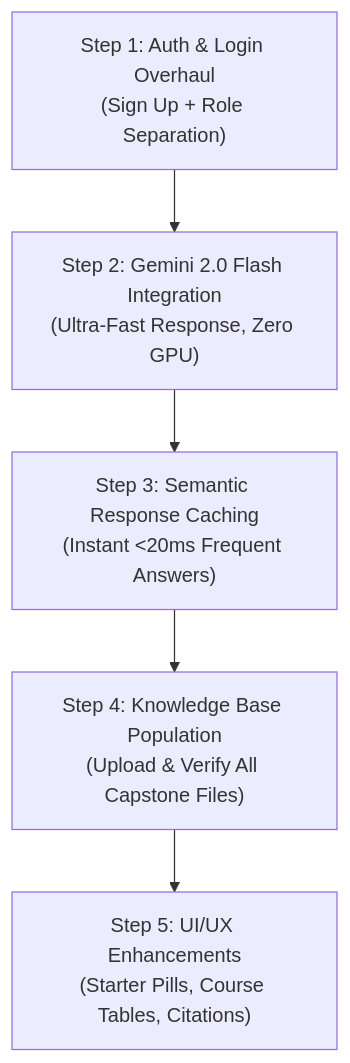
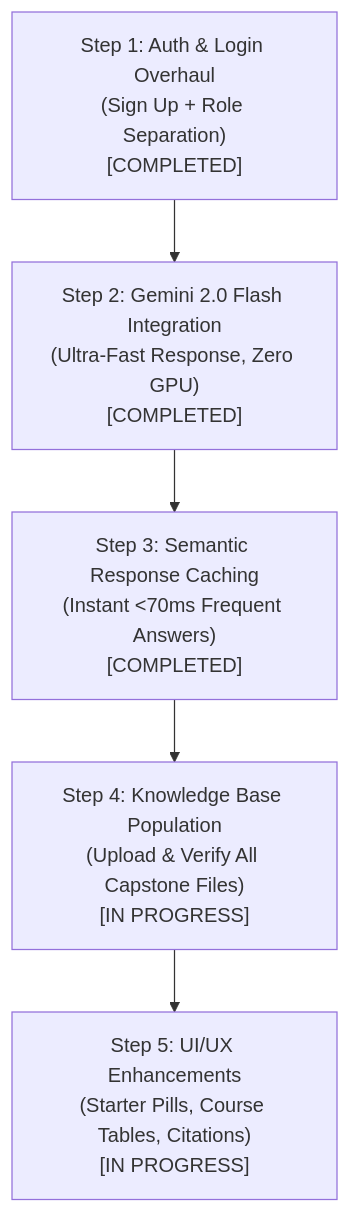
Before and after one commit to dheerendrapratapsingh/AI-Powered-Enterprise-Knowledge-Assistance-Platform: the second of 2 diagrams in PROJECT_SUMMARY_AND_ROADMAP.md, drawn with Mermaid. The commit also changed other lines of this file and 21 other files, not shown here.

Commit message:
feat: implement semantic response cache, lazy embedder loading, document RBAC, and unit tests

````diff
--- a/PROJECT_SUMMARY_AND_ROADMAP.md
+++ b/PROJECT_SUMMARY_AND_ROADMAP.md
@@ -108,7 +108,7 @@
 ```mermaid
 flowchart TD
-    S1["Step 1: Auth & Login Overhaul\n(Sign Up + Role Separation)"] --> S2["Step 2: Gemini 2.0 Flash Integration\n(Ultra-Fast Response, Zero GPU)"]
-    S2 --> S3["Step 3: Semantic Response Caching\n(Instant <20ms Frequent Answers)"]
-    S3 --> S4["Step 4: Knowledge Base Population\n(Upload & Verify All Capstone Files)"]
-    S4 --> S5["Step 5: UI/UX Enhancements\n(Starter Pills, Course Tables, Citations)"]
+    S1["Step 1: Auth & Login Overhaul\n(Sign Up + Role Separation)\n[COMPLETED]"] --> S2["Step 2: Gemini 2.0 Flash Integration\n(Ultra-Fast Response, Zero GPU)\n[COMPLETED]"]
+    S2 --> S3["Step 3: Semantic Response Caching\n(Instant <70ms Frequent Answers)\n[COMPLETED]"]
+    S3 --> S4["Step 4: Knowledge Base Population\n(Upload & Verify All Capstone Files)\n[IN PROGRESS]"]
+    S4 --> S5["Step 5: UI/UX Enhancements\n(Starter Pills, Course Tables, Citations)\n[IN PROGRESS]"]
 ```
````
